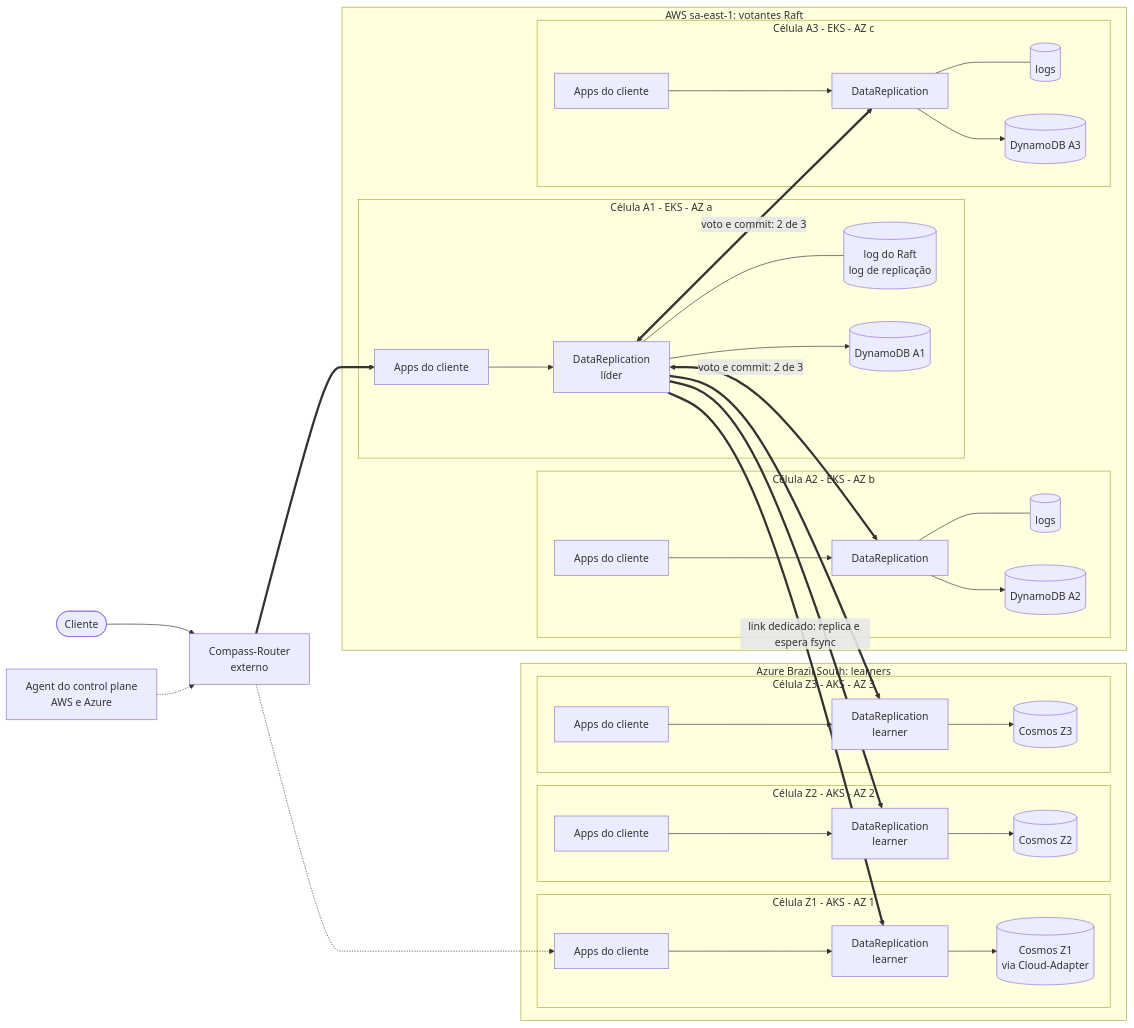
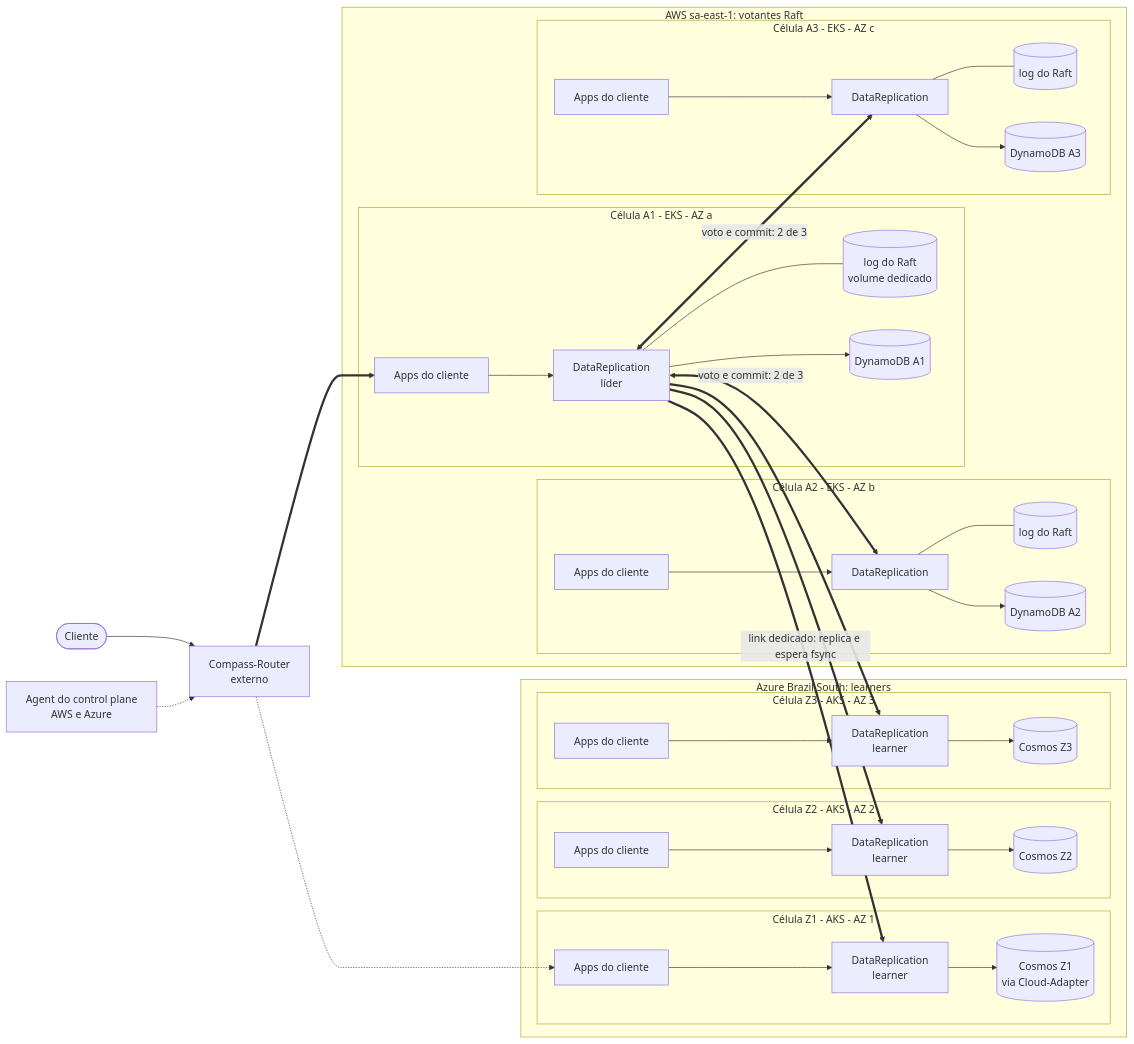
One commit to brbarmex/k changed the diagram in doc/02_cenarios/atualizados/C01-visao-geral.md. Above: the diagram before and after it, drawn with Mermaid. The commit also changed 197 other files, not shown here.

First line of the commit message:
Remove o log de replicação (replog) e todas as menções

````diff
--- a/doc/02_cenarios/atualizados/C01-visao-geral.md
+++ b/doc/02_cenarios/atualizados/C01-visao-geral.md
@@ -11,43 +11,43 @@
 ```mermaid
 flowchart LR
     Cliente(["Cliente"]) --> CR["Compass-Router<br/>externo"]
     Agent["Agent do control plane<br/>AWS e Azure"] -.-> CR
     subgraph AWS["AWS sa-east-1: votantes Raft"]
         subgraph A1["Célula A1 - EKS - AZ a"]
             APP1["Apps do cliente"] --> DR1["DataReplication<br/>líder"]
-            DR1 --- LG1[("log do Raft<br/>log de replicação")]
+            DR1 --- LG1[("log do Raft<br/>volume dedicado")]
             DR1 --> DB1[("DynamoDB A1")]
         end
         subgraph A2["Célula A2 - EKS - AZ b"]
             APP2["Apps do cliente"] --> DR2["DataReplication"]
-            DR2 --- LG2[("logs")]
+            DR2 --- LG2[("log do Raft")]
             DR2 --> DB2[("DynamoDB A2")]
         end
         subgraph A3["Célula A3 - EKS - AZ c"]
             APP3["Apps do cliente"] --> DR3["DataReplication"]
-            DR3 --- LG3[("logs")]
+            DR3 --- LG3[("log do Raft")]
             DR3 --> DB3[("DynamoDB A3")]
         end
     end
     subgraph AZR["Azure Brazil South: learners"]
         subgraph Z1["Célula Z1 - AKS - AZ 1"]
             ZA1["Apps do cliente"] --> ZD1["DataReplication<br/>learner"]
             ZD1 --> ZB1[("Cosmos Z1<br/>via Cloud-Adapter")]
         end
         subgraph Z2["Célula Z2 - AKS - AZ 2"]
             ZA2["Apps do cliente"] --> ZD2["DataReplication<br/>learner"]
             ZD2 --> ZB2[("Cosmos Z2")]
         end
         subgraph Z3["Célula Z3 - AKS - AZ 3"]
             ZA3["Apps do cliente"] --> ZD3["DataReplication<br/>learner"]
             ZD3 --> ZB3[("Cosmos Z3")]
         end
     end
     CR ==> APP1
     CR -.-> ZA1
     DR1 <==>|"voto e commit: 2 de 3"| DR2
     DR1 <==>|"voto e commit: 2 de 3"| DR3
     DR1 ==>|"link dedicado: replica e espera fsync"| ZD1
     DR1 ==> ZD2
     DR1 ==> ZD3
 ```
````
